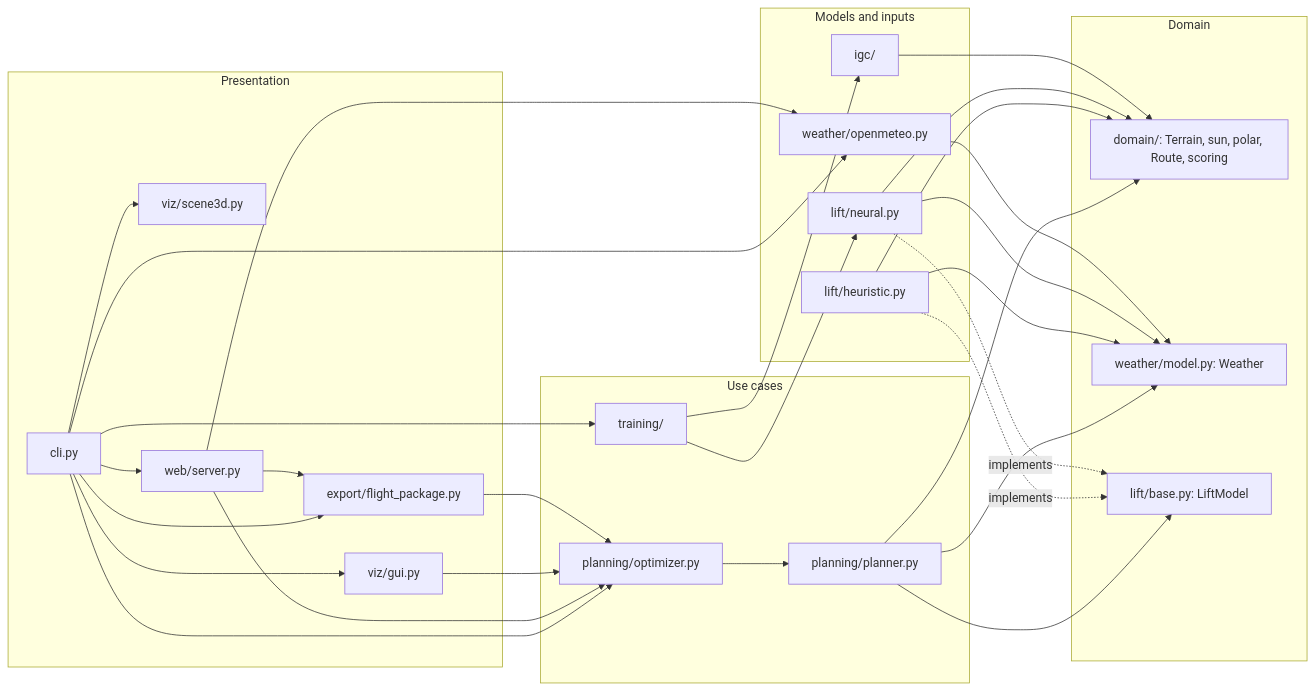
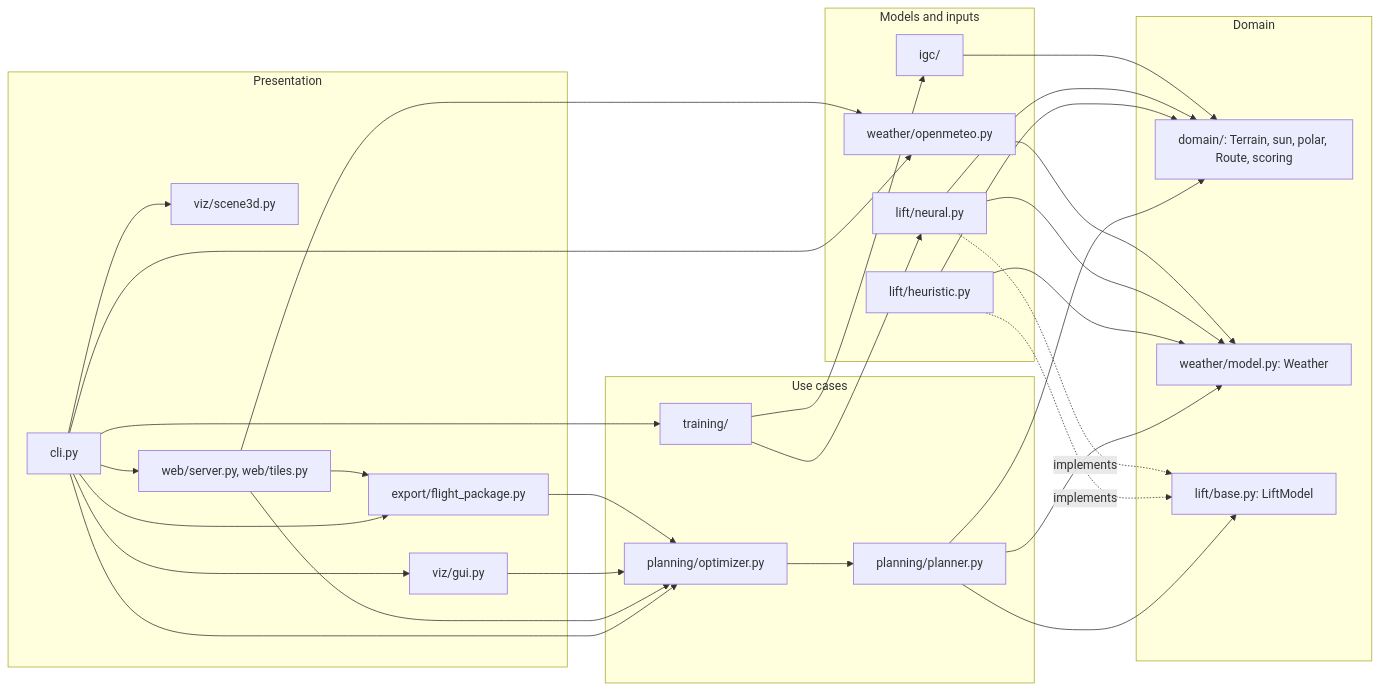
One commit to KillianKop/cheminee changed the diagram in docs/architecture.md. Above: the diagram before and after it, drawn with Mermaid. The commit also changed other lines of this file and 3 other files, not shown here.

````diff
--- a/docs/architecture.md
+++ b/docs/architecture.md
@@ -5,39 +5,39 @@
 ```mermaid
 flowchart LR
     subgraph presentation [Presentation]
         cli[cli.py]
         gui[viz/gui.py]
         s3d[viz/scene3d.py]
         exp[export/flight_package.py]
-        web[web/server.py]
+        web[web/server.py, web/tiles.py]
     end
     subgraph usecases [Use cases]
         opt[planning/optimizer.py]
         planner[planning/planner.py]
         training[training/]
     end
     subgraph adapters [Models and inputs]
         heur[lift/heuristic.py]
         neural[lift/neural.py]
         igc[igc/]
         om[weather/openmeteo.py]
     end
     subgraph domain [Domain]
         dom[domain/: Terrain, sun, polar, Route, scoring]
         wx[weather/model.py: Weather]
         proto[lift/base.py: LiftModel]
     end
     cli --> gui & s3d & exp & opt & training & om & web
     web --> opt & exp & om
     gui --> opt
     exp --> opt
     opt --> planner
     planner --> proto & dom & wx
     training --> igc & neural
     heur --> dom & wx
     neural --> dom & wx
     igc --> dom
     om --> wx
     heur -. implements .-> proto
     neural -. implements .-> proto
 ```
````
